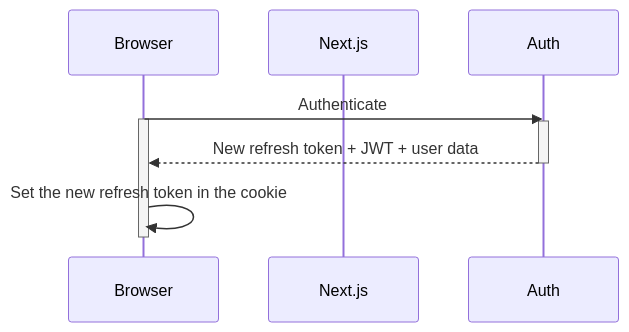
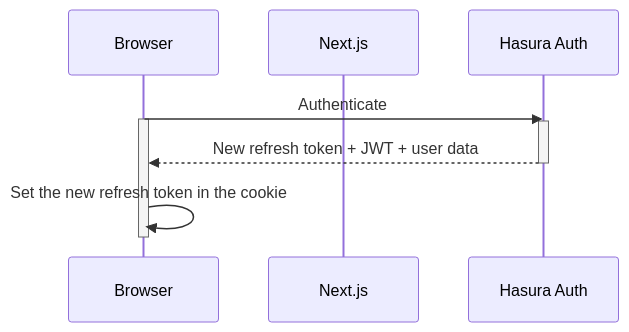
The first of 4 diagrams in docs/content/docs/reference/nextjs/index.mdx (nhost/nhost), drawn with Mermaid before and after one commit. The commit also changed other lines of this file, not shown here.

Commit message:
docs: rework on mermaid diagrams

````diff
--- a/docs/content/docs/reference/nextjs/index.mdx
+++ b/docs/content/docs/reference/nextjs/index.mdx
@@ -17,12 +17,13 @@
 ```mermaid
 sequenceDiagram
-    participant Browser
-    participant Next.js
-    Browser->>Auth: Authenticate
-    activate Browser
-    activate Auth
-    Auth-->>Browser: New refresh token + JWT + user data
-    deactivate Auth
-    Browser->>Browser: Set the new refresh token in the cookie
-    deactivate Browser
+    participant browser as Browser
+    participant next as Next.js
+    participant auth as Hasura Auth
+    browser->>auth: Authenticate
+    activate browser
+    activate auth
+    auth-->>browser: New refresh token + JWT + user data
+    deactivate auth
+    browser->>browser: Set the new refresh token in the cookie
+    deactivate browser
 ```
````
